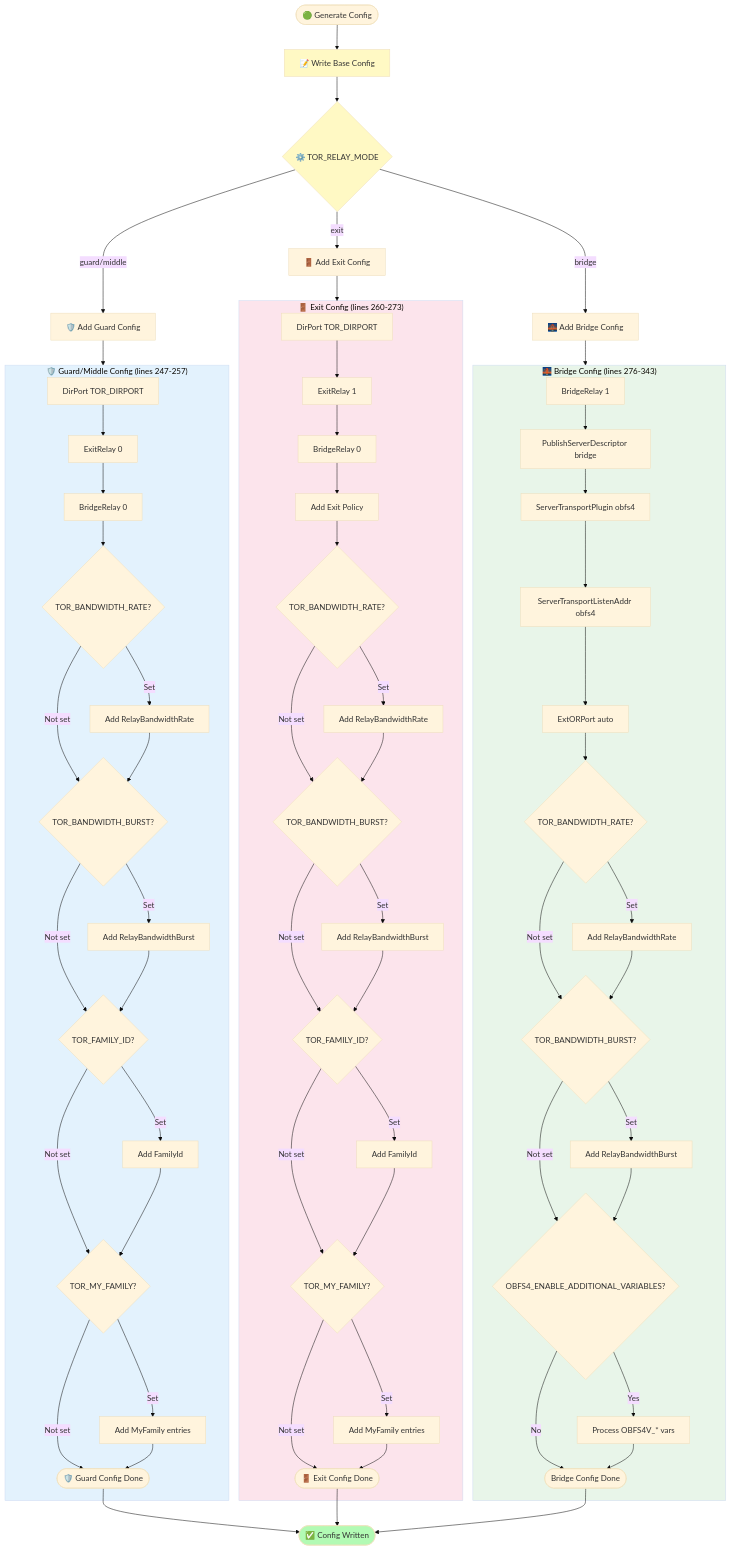
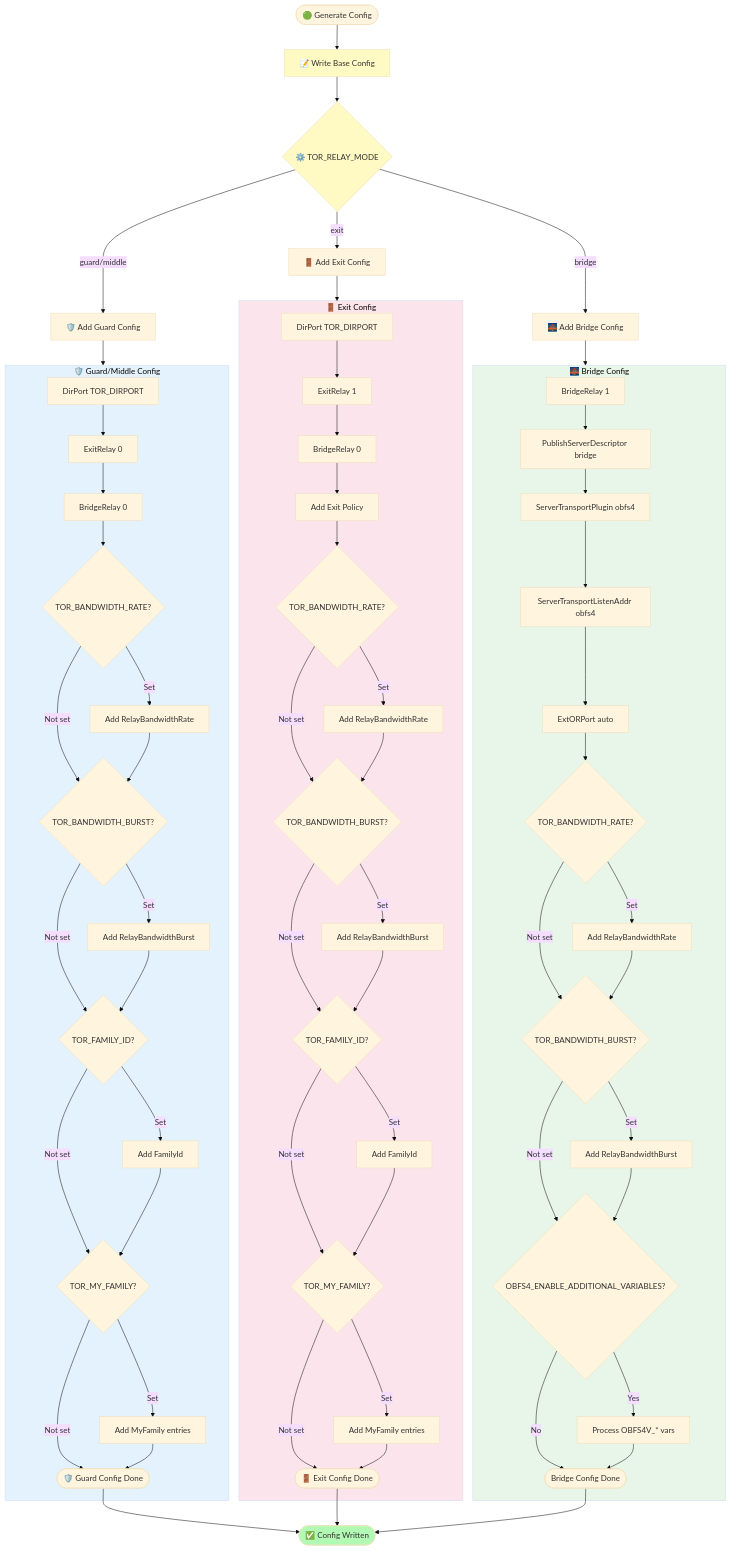
One commit to r3bo0tbx1/tor-guard-relay changed the sixth of 15 diagrams in docs/ARCHITECTURE.md. Above: the diagram before and after it, drawn with Mermaid (base theme). The commit also changed other lines of this file and 87 other files, not shown here.

````diff
--- a/docs/ARCHITECTURE.md
+++ b/docs/ARCHITECTURE.md
@@ -341,79 +339,79 @@
 ```mermaid
 flowchart TD
     Start([🟢 Generate Config]) --> Base[📝 Write Base Config]
 
     Base --> Mode{⚙️ TOR_RELAY_MODE}
 
     Mode -->|guard/middle| Guard[🛡️ Add Guard Config]
     Mode -->|exit| Exit[🚪 Add Exit Config]
     Mode -->|bridge| Bridge[🌉 Add Bridge Config]
 
-    subgraph GuardConfig["🛡️ Guard/Middle Config (lines 247-257)"]
+    subgraph GuardConfig["🛡️ Guard/Middle Config"]
         G1[DirPort TOR_DIRPORT] --> G2[ExitRelay 0]
         G2 --> G3[BridgeRelay 0]
         G3 --> G4{TOR_BANDWIDTH_RATE?}
         G4 -->|Set| G5[Add RelayBandwidthRate]
         G4 -->|Not set| G6
         G5 --> G6{TOR_BANDWIDTH_BURST?}
         G6 -->|Set| G7[Add RelayBandwidthBurst]
         G6 -->|Not set| G8
         G7 --> G8{TOR_FAMILY_ID?}
         G8 -->|Set| G9[Add FamilyId]
         G8 -->|Not set| G10
         G9 --> G10{TOR_MY_FAMILY?}
         G10 -->|Set| G11[Add MyFamily entries]
         G10 -->|Not set| GuardDone
         G11 --> GuardDone([🛡️ Guard Config Done])
     end
 
-    subgraph ExitConfig["🚪 Exit Config (lines 260-273)"]
+    subgraph ExitConfig["🚪 Exit Config"]
         E1[DirPort TOR_DIRPORT] --> E2[ExitRelay 1]
         E2 --> E3[BridgeRelay 0]
         E3 --> E4[Add Exit Policy]
         E4 --> E5{TOR_BANDWIDTH_RATE?}
         E5 -->|Set| E6[Add RelayBandwidthRate]
         E5 -->|Not set| E7
         E6 --> E7{TOR_BANDWIDTH_BURST?}
         E7 -->|Set| E8[Add RelayBandwidthBurst]
         E7 -->|Not set| E9
         E8 --> E9{TOR_FAMILY_ID?}
         E9 -->|Set| E10[Add FamilyId]
         E9 -->|Not set| E11
         E10 --> E11{TOR_MY_FAMILY?}
         E11 -->|Set| E12[Add MyFamily entries]
         E11 -->|Not set| ExitDone
         E12 --> ExitDone([🚪 Exit Config Done])
     end
 
-    subgraph BridgeConfig["🌉 Bridge Config (lines 276-343)"]
+    subgraph BridgeConfig["🌉 Bridge Config"]
         B1[BridgeRelay 1] --> B2[PublishServerDescriptor bridge]
         B2 --> B3[ServerTransportPlugin obfs4]
         B3 --> B4[ServerTransportListenAddr obfs4]
         B4 --> B5[ExtORPort auto]
         B5 --> B6{TOR_BANDWIDTH_RATE?}
         B6 -->|Set| B7[Add RelayBandwidthRate]
         B6 -->|Not set| B8
         B7 --> B8{TOR_BANDWIDTH_BURST?}
         B8 -->|Set| B9[Add RelayBandwidthBurst]
         B8 -->|Not set| B10
         B9 --> B10{OBFS4_ENABLE_ADDITIONAL_VARIABLES?}
         B10 -->|Yes| OBFS4[Process OBFS4V_* vars]
         B10 -->|No| BridgeDone
         OBFS4 --> BridgeDone([Bridge Config Done])
     end
 
     Guard --> GuardConfig
     Exit --> ExitConfig
     Bridge --> BridgeConfig
 
     GuardDone --> Complete([✅ Config Written])
     ExitDone --> Complete
     BridgeDone --> Complete
 
     style Complete fill:#b2fab4
     style GuardConfig fill:#e3f2fd
     style ExitConfig fill:#fce4ec
     style BridgeConfig fill:#e8f5e9
     style Mode fill:#fff9c4
     style Base fill:#fff9c4
 ```
````
